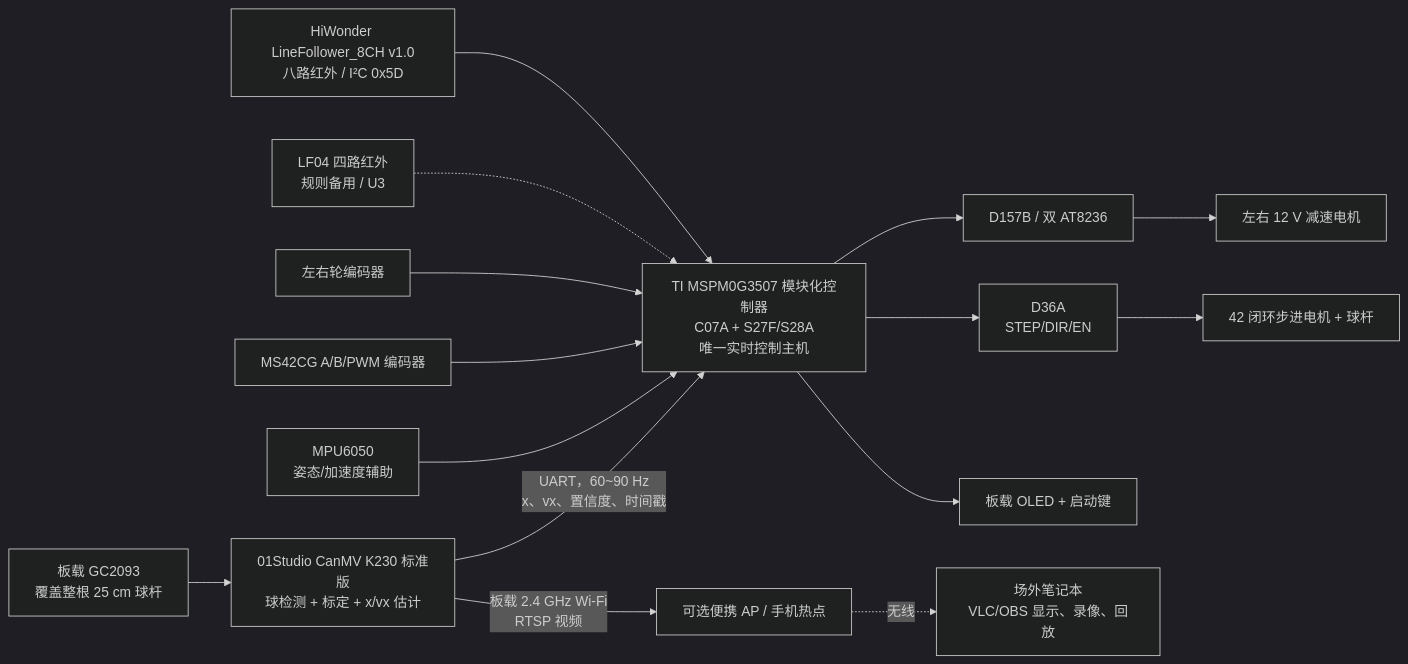
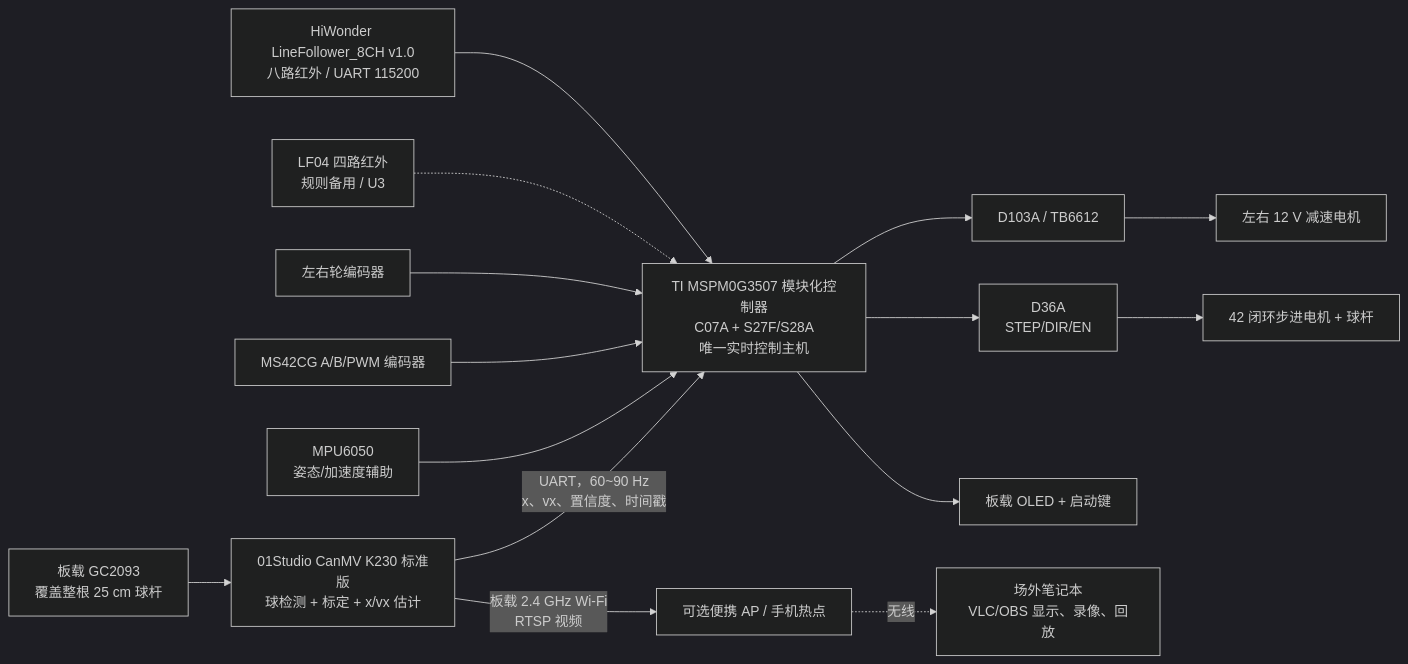
Before and after one commit to Cris7z/ElectronicDesignContest2026: the first of 2 diagrams in NUEDC2026_Car/docs/H2026_ARCHITECTURE.md, drawn with Mermaid (dark theme). The commit also changed other lines of this file and 22 other files, not shown here.

````diff
--- a/NUEDC2026_Car/docs/H2026_ARCHITECTURE.md
+++ b/NUEDC2026_Car/docs/H2026_ARCHITECTURE.md
@@ -31,18 +38,18 @@
 ```mermaid
 flowchart LR
-    GS["HiWonder LineFollower_8CH v1.0\n八路红外 / I²C 0x5D"] --> MCU["TI MSPM0G3507 模块化控制器\nC07A + S27F/S28A\n唯一实时控制主机"]
+    GS["HiWonder LineFollower_8CH v1.0\n八路红外 / UART 115200"] --> MCU["TI MSPM0G3507 模块化控制器\nC07A + S27F/S28A\n唯一实时控制主机"]
     LF["LF04 四路红外\n规则备用 / U3"] -.-> MCU
     WE["左右轮编码器"] --> MCU
     BE["MS42CG A/B/PWM 编码器"] --> MCU
     IMU["MPU6050\n姿态/加速度辅助"] --> MCU
     CAM["板载 GC2093\n覆盖整根 25 cm 球杆"] --> K230["01Studio CanMV K230 标准版\n球检测 + 标定 + x/vx 估计"]
     K230 -->|"UART，60~90 Hz\nx、vx、置信度、时间戳"| MCU
     K230 -->|"板载 2.4 GHz Wi-Fi\nRTSP 视频"| AP["可选便携 AP / 手机热点"]
     AP -.无线.-> PC["场外笔记本\nVLC/OBS 显示、录像、回放"]
 
-    MCU --> DRIVER["D157B / 双 AT8236"]
+    MCU --> DRIVER["D103A / TB6612"]
     DRIVER --> MOTORS["左右 12 V 减速电机"]
     MCU --> STEP["D36A\nSTEP/DIR/EN"]
     STEP --> BEAM["42 闭环步进电机 + 球杆"]
     MCU --> UI["板载 OLED + 启动键"]
 ```
````
